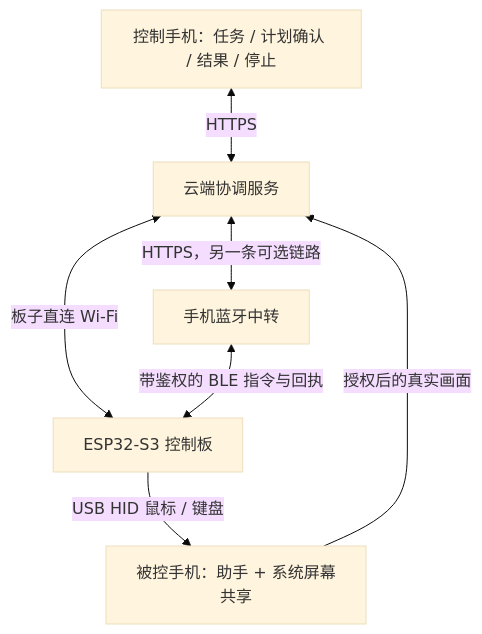
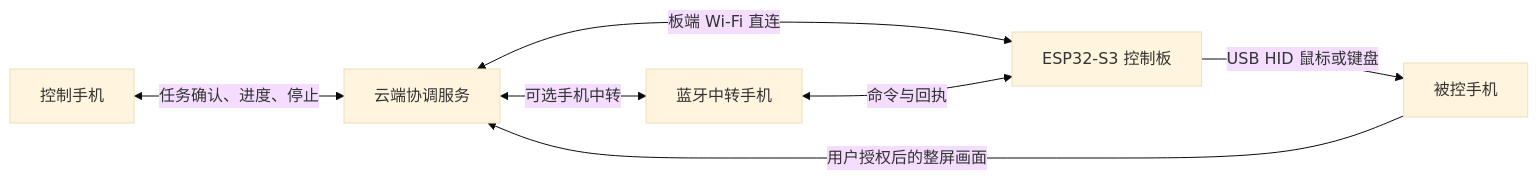
Before and after one commit to zhangyue-site/super-phone-controller: the diagram in README.md, drawn with Mermaid (base theme). The commit also changed other lines of this file and 27 other files, not shown here.

````diff
--- a/README.md
+++ b/README.md
@@ -18,9 +18,9 @@
 ```mermaid
-flowchart TD
-    A[控制手机：任务 / 计划确认 / 结果 / 停止] <-->|HTTPS| S[云端协调服务]
-    B[被控手机：助手 + 系统屏幕共享] -->|授权后的真实画面| S
-    S <-->|板子直连 Wi-Fi| E[ESP32-S3 控制板]
-    S <-->|HTTPS，另一条可选链路| G[手机蓝牙中转]
-    G <-->|带鉴权的 BLE 指令与回执| E
-    E -->|USB HID 鼠标 / 键盘| B
+flowchart LR
+    C[控制手机] <-->|任务确认、进度、停止| S[云端协调服务]
+    T[被控手机] -->|用户授权后的整屏画面| S
+    S <-->|板端 Wi-Fi 直连| B[ESP32-S3 控制板]
+    S <-->|可选手机中转| R[蓝牙中转手机]
+    R <-->|命令与回执| B
+    B -->|USB HID 鼠标或键盘| T
 ```
````
